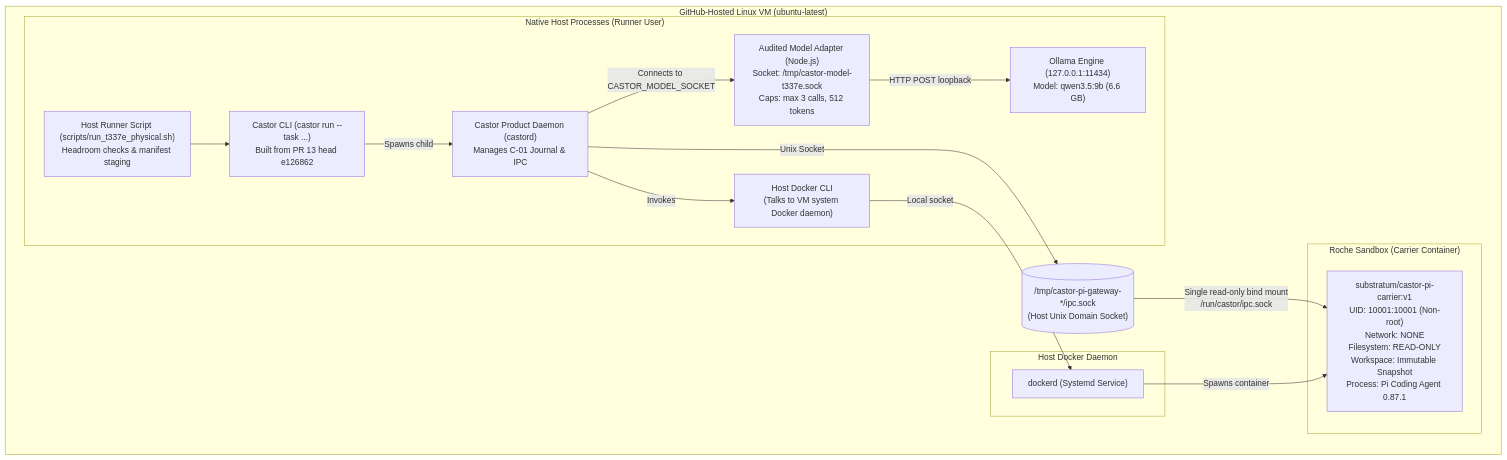
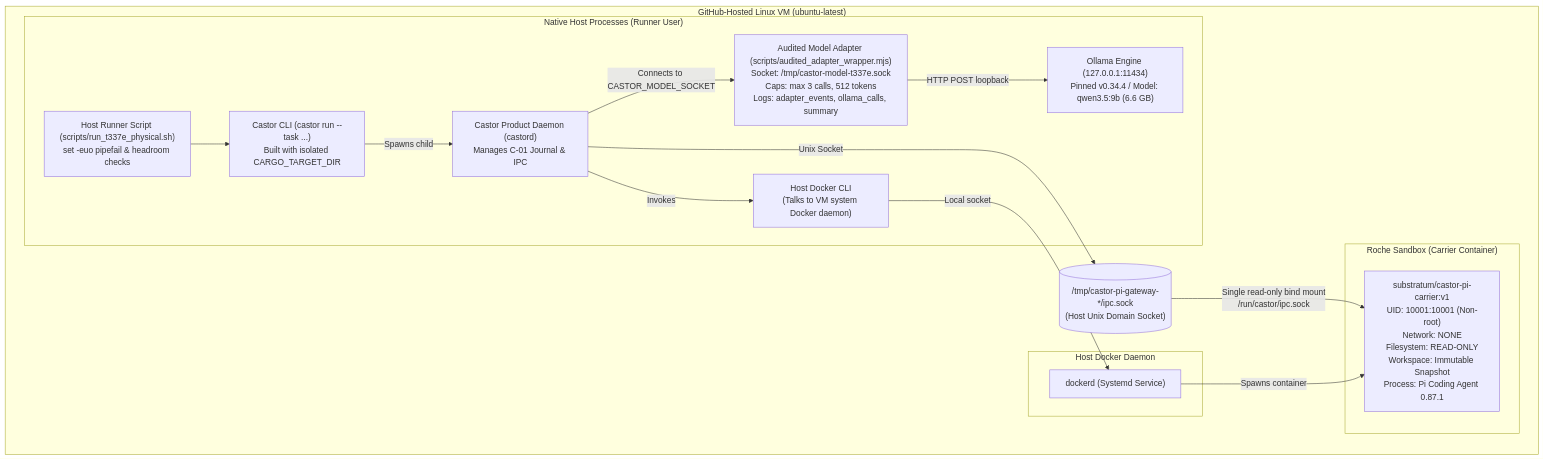
Before and after one commit to substratum-labs/castor: the diagram in docs/t337e_physical_execution_plan.md, drawn with Mermaid. The commit also changed other lines of this file and 6 other files, not shown here.

Commit message:
feat(t337e): address blocking review findings on physical gate staging

````diff
--- a/docs/t337e_physical_execution_plan.md
+++ b/docs/t337e_physical_execution_plan.md
@@ -31,33 +34,33 @@
 ```mermaid
 flowchart TD
     subgraph HostVM ["GitHub-Hosted Linux VM (ubuntu-latest)"]
         subgraph HostProcesses ["Native Host Processes (Runner User)"]
-            Ollama["Ollama Engine (127.0.0.1:11434)\nModel: qwen3.5:9b (6.6 GB)"]
-            Adapter["Audited Model Adapter (Node.js)\nSocket: /tmp/castor-model-t337e.sock\nCaps: max 3 calls, 512 tokens"]
-            RunnerScript["Host Runner Script (scripts/run_t337e_physical.sh)\nHeadroom checks & manifest staging"]
-            CastorCLI["Castor CLI (castor run --task ...)\nBuilt from PR 13 head e126862"]
+            Ollama["Ollama Engine (127.0.0.1:11434)\nPinned v0.34.4 / Model: qwen3.5:9b (6.6 GB)"]
+            Adapter["Audited Model Adapter (scripts/audited_adapter_wrapper.mjs)\nSocket: /tmp/castor-model-t337e.sock\nCaps: max 3 calls, 512 tokens\nLogs: adapter_events, ollama_calls, summary"]
+            RunnerScript["Host Runner Script (scripts/run_t337e_physical.sh)\nset -euo pipefail & headroom checks"]
+            CastorCLI["Castor CLI (castor run --task ...)\nBuilt with isolated CARGO_TARGET_DIR"]
             CastorDaemon["Castor Product Daemon (castord)\nManages C-01 Journal & IPC"]
             DockerCLI["Host Docker CLI\n(Talks to VM system Docker daemon)"]
         end
 
         subgraph DockerDaemon ["Host Docker Daemon"]
             DaemonService["dockerd (Systemd Service)"]
         end
 
         subgraph RocheSandbox ["Roche Sandbox (Carrier Container)"]
             Carrier["substratum/castor-pi-carrier:v1\nUID: 10001:10001 (Non-root)\nNetwork: NONE\nFilesystem: READ-ONLY\nWorkspace: Immutable Snapshot\nProcess: Pi Coding Agent 0.87.1"]
         end
 
         HostSockets[("/tmp/castor-pi-gateway-*/ipc.sock\n(Host Unix Domain Socket)")]
     end
 
     RunnerScript --> CastorCLI
     Adapter -->|HTTP POST loopback| Ollama
     CastorCLI -->|Spawns child| CastorDaemon
     CastorDaemon -->|Unix Socket| HostSockets
     CastorDaemon -->|Invokes| DockerCLI
     DockerCLI -->|Local socket| DaemonService
     DaemonService -->|Spawns container| Carrier
     HostSockets -->|Single read-only bind mount\n/run/castor/ipc.sock| Carrier
     CastorDaemon -->|Connects to CASTOR_MODEL_SOCKET| Adapter
 ```
````
